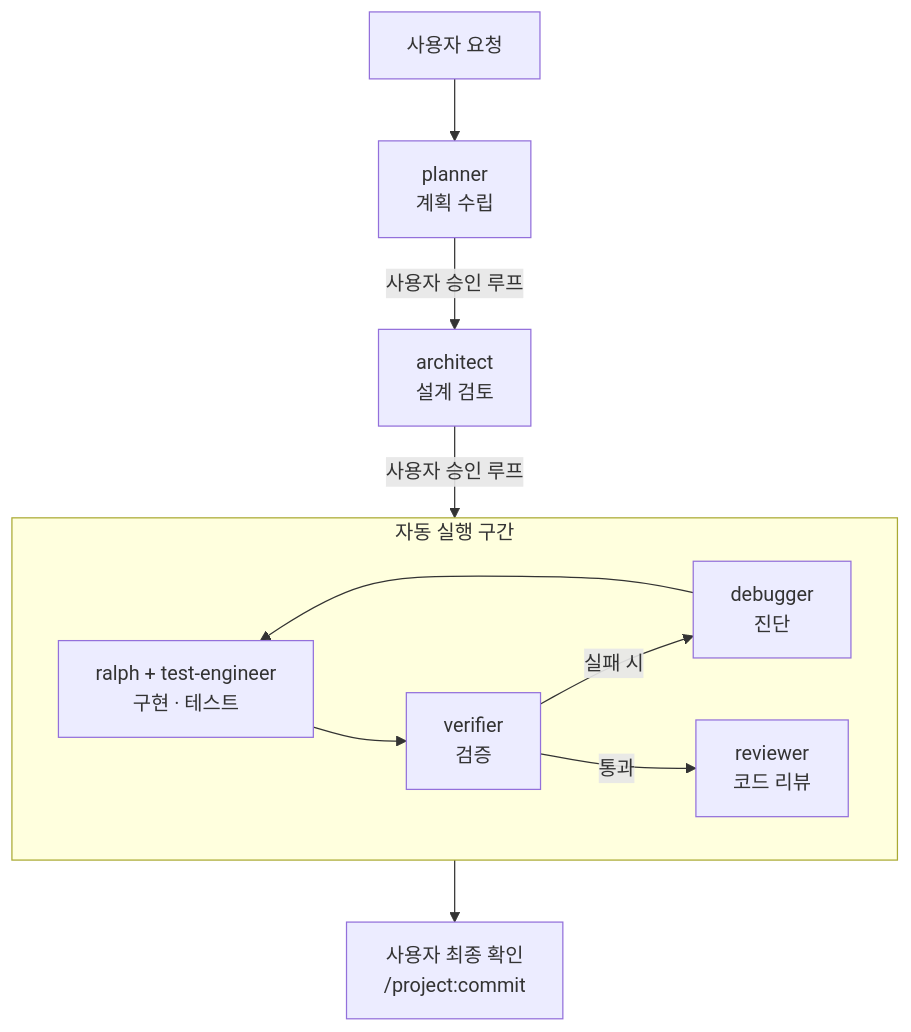
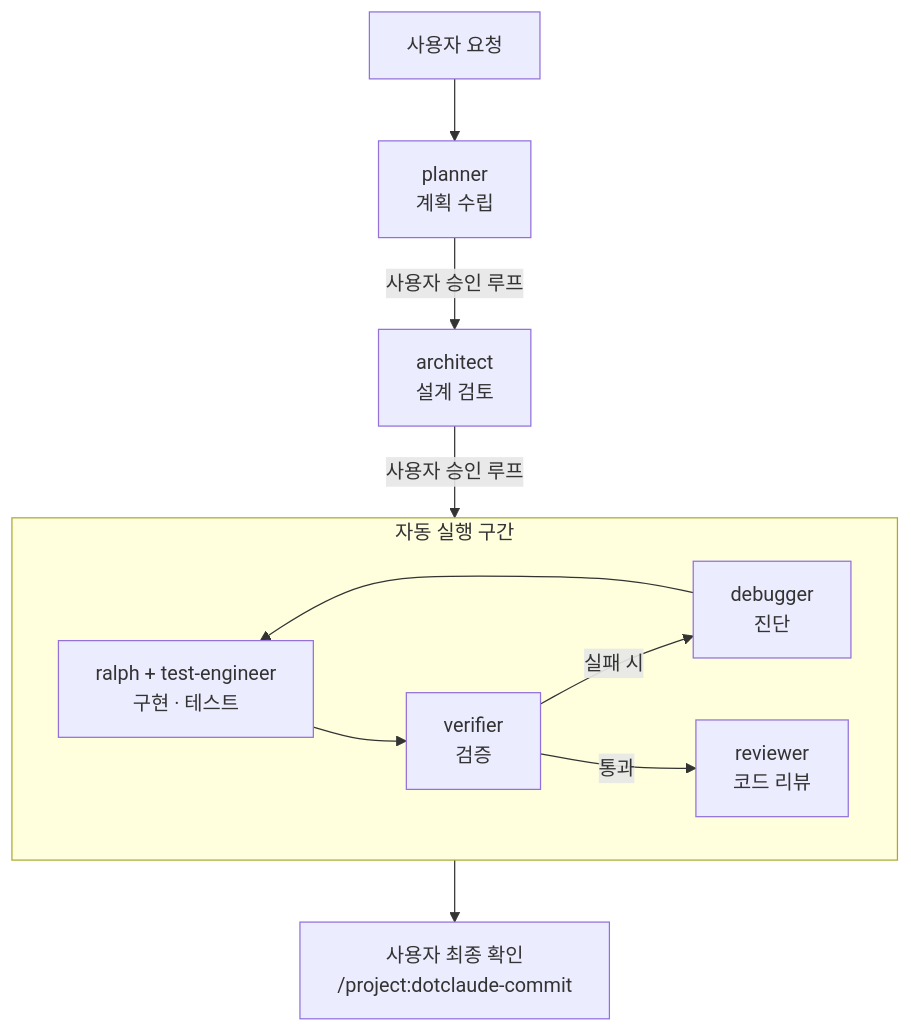
The first of 3 diagrams in README.md (leonardo204/dotclaude), drawn with Mermaid before and after one commit. The commit also changed other lines of this file and 16 other files, not shown here.

````diff
--- a/README.md
+++ b/README.md
@@ -113,15 +113,15 @@
 ```mermaid
 flowchart TD
     A[사용자 요청] --> B[planner<br/>계획 수립]
     B -- 사용자 승인 루프 --> C[architect<br/>설계 검토]
     C -- 사용자 승인 루프 --> D
 
     subgraph D [자동 실행 구간]
         E[ralph + test-engineer<br/>구현 · 테스트] --> F[verifier<br/>검증]
         F -- 실패 시 --> G[debugger<br/>진단]
         G --> E
         F -- 통과 --> H[reviewer<br/>코드 리뷰]
     end
 
-    D --> I[사용자 최종 확인<br/>/project:commit]
+    D --> I[사용자 최종 확인<br/>/project:dotclaude-commit]
 ```
````
